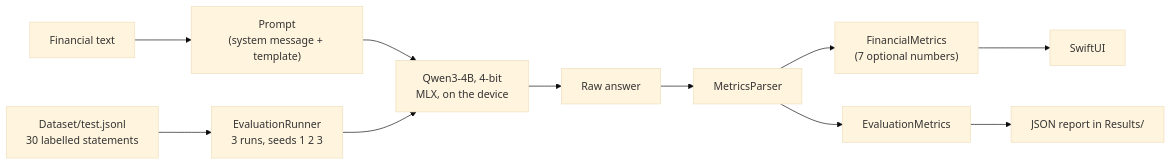
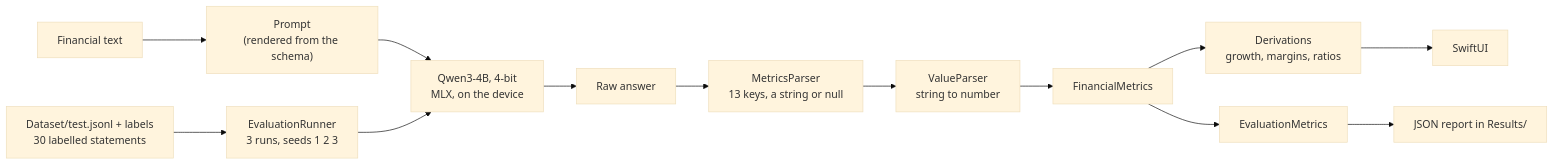
One commit to Gianluca-devx/FinancialEdgeAI changed the diagram in README.md. Above: the diagram before and after it, drawn with Mermaid (base theme). The commit also changed other lines of this file and 1 other file, not shown here.

Commit message:
docs: analyse the schema 1 baseline and describe the new design and results in the README

````diff
--- a/README.md
+++ b/README.md
@@ -86,13 +105,15 @@
 ```mermaid
 flowchart LR
-    A["Financial text"] --> B["Prompt<br/>(system message + template)"]
+    A["Financial text"] --> B["Prompt<br/>(rendered from the schema)"]
     B --> C["Qwen3-4B, 4-bit<br/>MLX, on the device"]
     C --> D["Raw answer"]
-    D --> E["MetricsParser"]
-    E --> F["FinancialMetrics<br/>(7 optional numbers)"]
-    F --> G["SwiftUI"]
-    H["Dataset/test.jsonl<br/>30 labelled statements"] --> I["EvaluationRunner<br/>3 runs, seeds 1 2 3"]
+    D --> E["MetricsParser<br/>13 keys, a string or null"]
+    E --> V["ValueParser<br/>string to number"]
+    V --> F["FinancialMetrics"]
+    F --> R["Derivations<br/>growth, margins, ratios"]
+    R --> G["SwiftUI"]
+    H["Dataset/test.jsonl + labels<br/>30 labelled statements"] --> I["EvaluationRunner<br/>3 runs, seeds 1 2 3"]
     I --> C
-    E --> J["EvaluationMetrics"]
+    F --> J["EvaluationMetrics"]
     J --> K["JSON report in Results/"]
 ```
````
